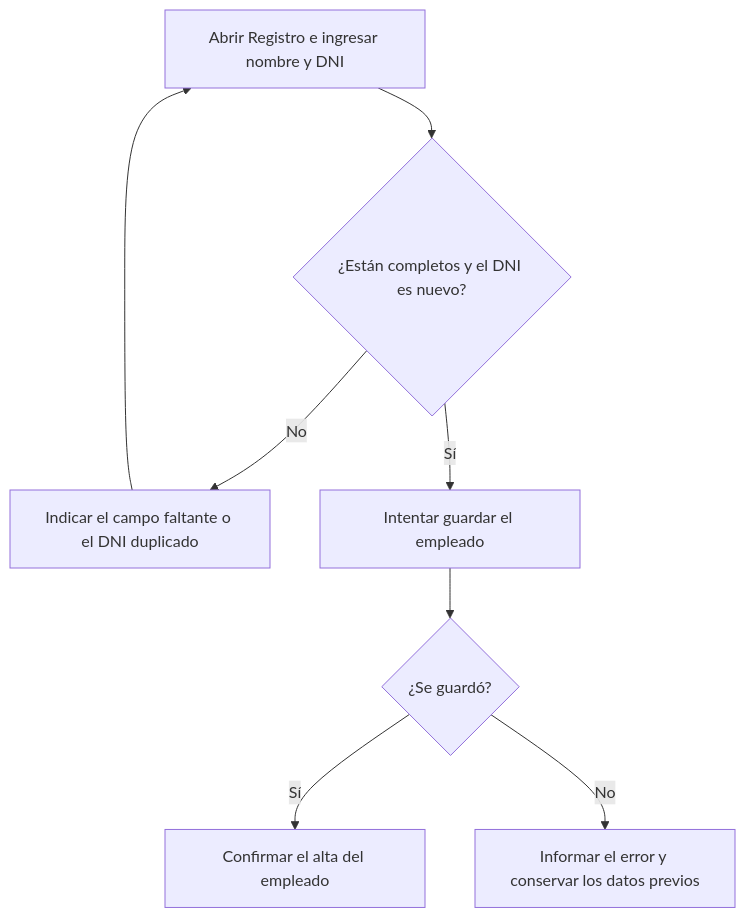
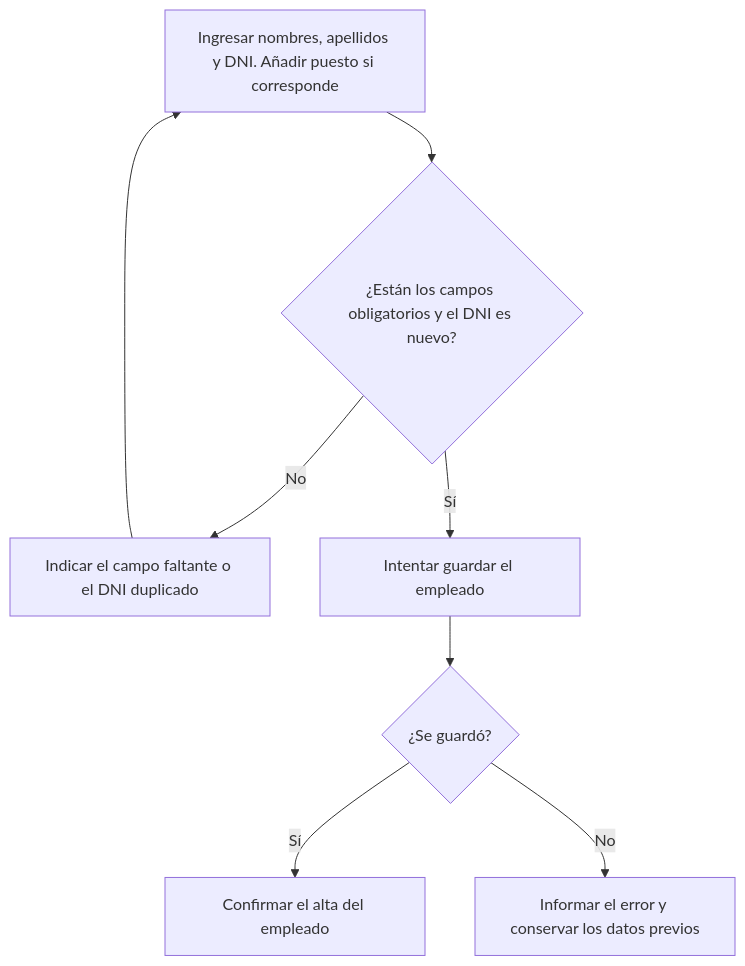
One commit to steveespinoza/Registro-de-Asistencia changed the second of 4 diagrams in docs/06-Arquitectura/Flujos.md. Above: the diagram before and after it, drawn with Mermaid. The commit also changed other lines of this file and 37 other files, not shown here.

````diff
--- a/docs/06-Arquitectura/Flujos.md
+++ b/docs/06-Arquitectura/Flujos.md
@@ -24,10 +24,10 @@
 ```mermaid
 flowchart TD
-    A["Abrir Registro e ingresar nombre y DNI"] --> B{"¿Están completos y el DNI es nuevo?"}
+    A["Ingresar nombres, apellidos y DNI. Añadir puesto si corresponde"] --> B{"¿Están los campos obligatorios y el DNI es nuevo?"}
     B -->|No| C["Indicar el campo faltante o el DNI duplicado"]
     C --> A
     B -->|Sí| D["Intentar guardar el empleado"]
     D --> E{"¿Se guardó?"}
     E -->|Sí| F["Confirmar el alta del empleado"]
     E -->|No| G["Informar el error y conservar los datos previos"]
 ```
````
